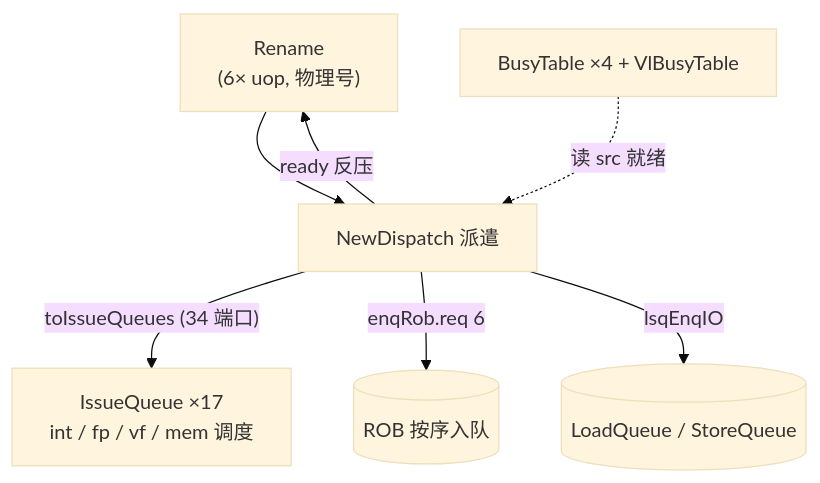
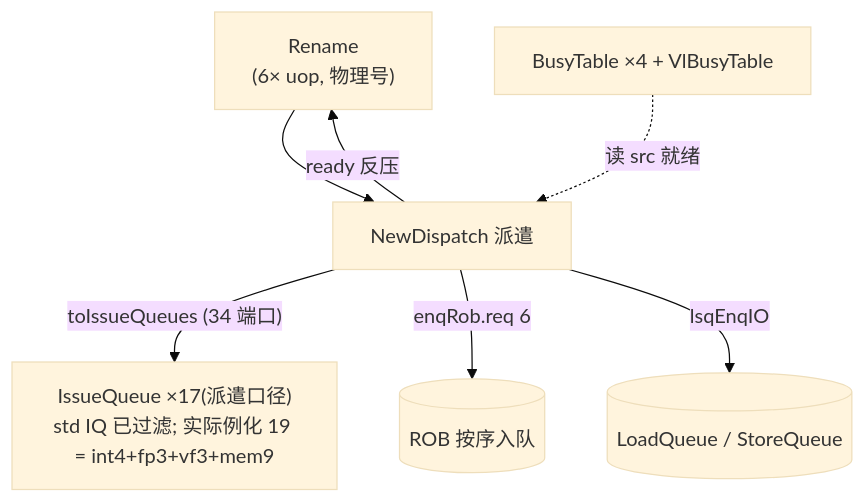
One commit to shengnanli/xs-v2r2-sv changed the fourth of 4 diagrams in docs/backend/arch/2-RENAME_DISPATCH_PRINCIPLES.md. Above: the diagram before and after it, drawn with Mermaid (base theme). The commit also changed 7 other files, not shown here.

````diff
--- a/docs/backend/arch/2-RENAME_DISPATCH_PRINCIPLES.md
+++ b/docs/backend/arch/2-RENAME_DISPATCH_PRINCIPLES.md
@@ -171,9 +171,9 @@
 ```mermaid
 flowchart TB
   RN["Rename<br/>(6× uop, 物理号)"] --> ND["NewDispatch 派遣"]
-  ND -->|"toIssueQueues (34 端口)"| IQ["IssueQueue ×17<br/>int / fp / vf / mem 调度"]
+  ND -->|"toIssueQueues (34 端口)"| IQ["IssueQueue ×17(派遣口径)<br/>std IQ 已过滤; 实际例化 19 = int4+fp3+vf3+mem9"]
   ND -->|"enqRob.req 6"| ROB[("ROB 按序入队")]
   ND -->|"lsqEnqIO"| LSQ[("LoadQueue / StoreQueue")]
   ND -->|"ready 反压"| RN
   BT["BusyTable ×4 + VlBusyTable"] -.->|"读 src 就绪"| ND
 ```
````
